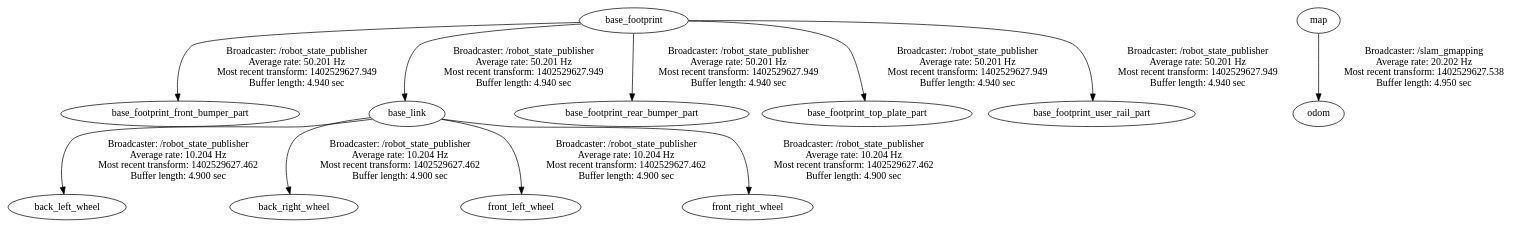
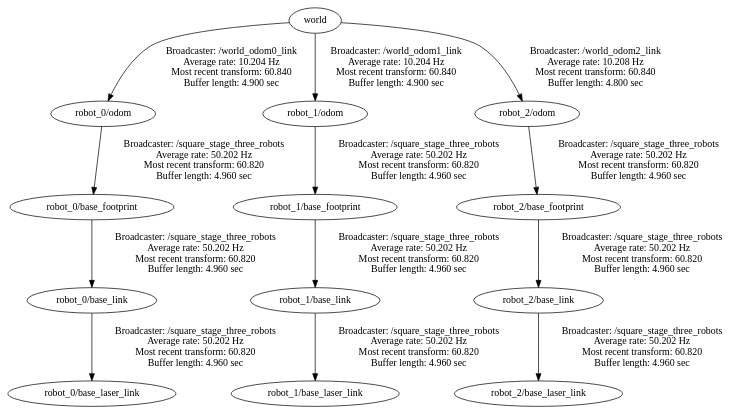
Before and after one commit to ajayjain/DRBL: the diagram in frames.gv, drawn with Graphviz. The commit also changed 5 other files, not shown here.

```diff
--- a/frames.gv
+++ b/frames.gv
@@ -1,12 +1,14 @@
 digraph G {
-"base_footprint" -> "base_footprint_front_bumper_part"[label="Broadcaster: /robot_state_publisher\nAverage rate: 50.201 Hz\nMost recent transform: 1402529627.949 \nBuffer length: 4.940 sec\n"];
-"base_footprint" -> "base_link"[label="Broadcaster: /robot_state_publisher\nAverage rate: 50.201 Hz\nMost recent transform: 1402529627.949 \nBuffer length: 4.940 sec\n"];
-"base_footprint" -> "base_footprint_rear_bumper_part"[label="Broadcaster: /robot_state_publisher\nAverage rate: 50.201 Hz\nMost recent transform: 1402529627.949 \nBuffer length: 4.940 sec\n"];
-"base_footprint" -> "base_footprint_top_plate_part"[label="Broadcaster: /robot_state_publisher\nAverage rate: 50.201 Hz\nMost recent transform: 1402529627.949 \nBuffer length: 4.940 sec\n"];
-"base_footprint" -> "base_footprint_user_rail_part"[label="Broadcaster: /robot_state_publisher\nAverage rate: 50.201 Hz\nMost recent transform: 1402529627.949 \nBuffer length: 4.940 sec\n"];
-"map" -> "odom"[label="Broadcaster: /slam_gmapping\nAverage rate: 20.202 Hz\nMost recent transform: 1402529627.538 \nBuffer length: 4.950 sec\n"];
-"base_link" -> "back_left_wheel"[label="Broadcaster: /robot_state_publisher\nAverage rate: 10.204 Hz\nMost recent transform: 1402529627.462 \nBuffer length: 4.900 sec\n"];
-"base_link" -> "back_right_wheel"[label="Broadcaster: /robot_state_publisher\nAverage rate: 10.204 Hz\nMost recent transform: 1402529627.462 \nBuffer length: 4.900 sec\n"];
-"base_link" -> "front_left_wheel"[label="Broadcaster: /robot_state_publisher\nAverage rate: 10.204 Hz\nMost recent transform: 1402529627.462 \nBuffer length: 4.900 sec\n"];
-"base_link" -> "front_right_wheel"[label="Broadcaster: /robot_state_publisher\nAverage rate: 10.204 Hz\nMost recent transform: 1402529627.462 \nBuffer length: 4.900 sec\n"];
+"world" -> "robot_0/odom"[label="Broadcaster: /world_odom0_link\nAverage rate: 10.204 Hz\nMost recent transform: 60.840 \nBuffer length: 4.900 sec\n"];
+"world" -> "robot_1/odom"[label="Broadcaster: /world_odom1_link\nAverage rate: 10.204 Hz\nMost recent transform: 60.840 \nBuffer length: 4.900 sec\n"];
+"robot_0/base_link" -> "robot_0/base_laser_link"[label="Broadcaster: /square_stage_three_robots\nAverage rate: 50.202 Hz\nMost recent transform: 60.820 \nBuffer length: 4.960 sec\n"];
+"robot_0/base_footprint" -> "robot_0/base_link"[label="Broadcaster: /square_stage_three_robots\nAverage rate: 50.202 Hz\nMost recent transform: 60.820 \nBuffer length: 4.960 sec\n"];
+"robot_1/base_link" -> "robot_1/base_laser_link"[label="Broadcaster: /square_stage_three_robots\nAverage rate: 50.202 Hz\nMost recent transform: 60.820 \nBuffer length: 4.960 sec\n"];
+"robot_1/base_footprint" -> "robot_1/base_link"[label="Broadcaster: /square_stage_three_robots\nAverage rate: 50.202 Hz\nMost recent transform: 60.820 \nBuffer length: 4.960 sec\n"];
+"robot_2/base_link" -> "robot_2/base_laser_link"[label="Broadcaster: /square_stage_three_robots\nAverage rate: 50.202 Hz\nMost recent transform: 60.820 \nBuffer length: 4.960 sec\n"];
+"robot_2/base_footprint" -> "robot_2/base_link"[label="Broadcaster: /square_stage_three_robots\nAverage rate: 50.202 Hz\nMost recent transform: 60.820 \nBuffer length: 4.960 sec\n"];
+"robot_0/odom" -> "robot_0/base_footprint"[label="Broadcaster: /square_stage_three_robots\nAverage rate: 50.202 Hz\nMost recent transform: 60.820 \nBuffer length: 4.960 sec\n"];
+"robot_1/odom" -> "robot_1/base_footprint"[label="Broadcaster: /square_stage_three_robots\nAverage rate: 50.202 Hz\nMost recent transform: 60.820 \nBuffer length: 4.960 sec\n"];
+"robot_2/odom" -> "robot_2/base_footprint"[label="Broadcaster: /square_stage_three_robots\nAverage rate: 50.202 Hz\nMost recent transform: 60.820 \nBuffer length: 4.960 sec\n"];
+"world" -> "robot_2/odom"[label="Broadcaster: /world_odom2_link\nAverage rate: 10.208 Hz\nMost recent transform: 60.840 \nBuffer length: 4.800 sec\n"];
 }
```
